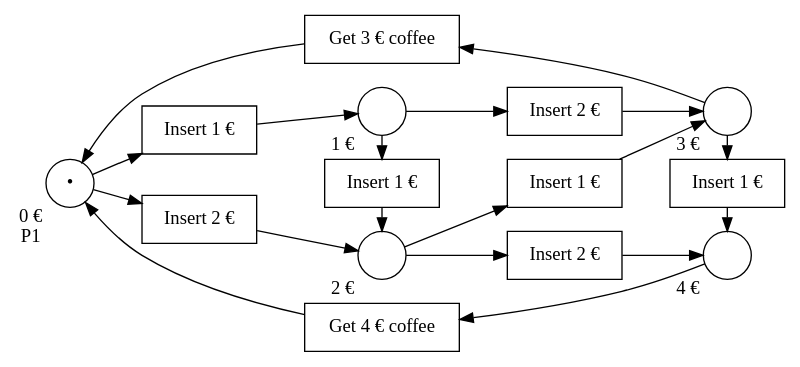
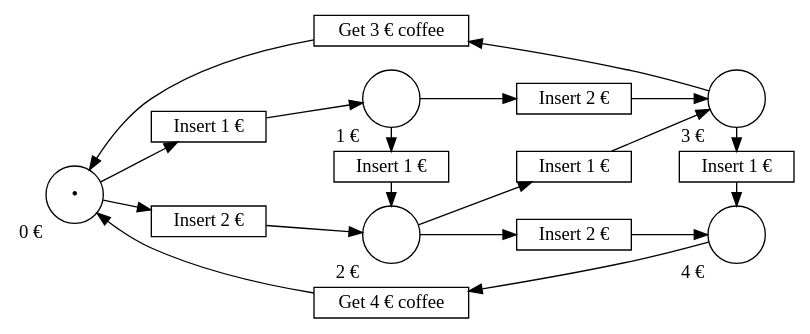
The diagram in dot/state-machine-example.dot (hlisdero/thesis), drawn with Graphviz before and after one commit. The commit also changed 2 other files, not shown here.

Commit message:
Unify the look of the state machine diagram and convert to PNG
Do not use float. Improve the wording of the subsection.

```diff
--- a/dot/state-machine-example.dot
+++ b/dot/state-machine-example.dot
@@ -1,35 +1,35 @@
 digraph state_machine {
     rankdir="LR";
-    P1 [shape="circle" xlabel="0 €\nP1" label="•"];
-    P2 [shape="circle" xlabel="1 €" label=""];
-    P3 [shape="circle" xlabel="2 €" label=""];
-    P4 [shape="circle" xlabel="3 €" label=""];
-    P5 [shape="circle" xlabel="4 €" label=""];
+    P1 [width=0.6 shape="circle" xlabel="0 €" label="•"];
+    P2 [width=0.6 shape="circle" xlabel="1 €" label=""];
+    P3 [width=0.6 shape="circle" xlabel="2 €" label=""];
+    P4 [width=0.6 shape="circle" xlabel="3 €" label=""];
+    P5 [width=0.6 shape="circle" xlabel="4 €" label=""];
     
-    T1 [shape="box" xlabel="" label="Insert 1 €"];
-    T2 [shape="box" xlabel="" label="Insert 2 €"];
-    T3 [shape="box" xlabel="" label="Insert 1 €"];
-    T4 [shape="box" xlabel="" label="Insert 2 €"];
-    T5 [shape="box" xlabel="" label="Insert 1 €"];
-    T6 [shape="box" xlabel="" label="Insert 2 €"];
-    T7 [shape="box" xlabel="" label="Insert 1 €"];
-    T8 [shape="box" xlabel="" label="Get 3 € coffee"];
-    T9 [shape="box" xlabel="" label="Get 4 € coffee"];
+    T1 [height=0.1 shape="box" xlabel="" label="Insert 1 €"];
+    T2 [height=0.1 shape="box" xlabel="" label="Insert 2 €"];
+    T3 [height=0.1 shape="box" xlabel="" label="Insert 1 €"];
+    T4 [height=0.1 shape="box" xlabel="" label="Insert 2 €"];
+    T5 [height=0.1 shape="box" xlabel="" label="Insert 1 €"];
+    T6 [height=0.1 shape="box" xlabel="" label="Insert 2 €"];
+    T7 [height=0.1 shape="box" xlabel="" label="Insert 1 €"];
+    T8 [height=0.1 shape="box" xlabel="" label="Get 3 € coffee"];
+    T9 [height=0.1 shape="box" xlabel="" label="Get 4 € coffee"];
 
     P1 -> T1 -> P2;
     P1 -> T2 -> P3;
     P2 -> T3 -> P3;
     P2 -> T4 -> P4;
     P3 -> T5 -> P4;
     P3 -> T6 -> P5;
     P4 -> T7 -> P5;
     P4 -> T8 -> P1;
     P5 -> T9 -> P1;
 
     // Order the nodes in 5 different levels
     {rank = same; P1;}    
     {rank = same; T1; T2;}
     {rank = same; P2; P3; T3; T8; T9;}
     {rank = same; T4; T5; T6;}
     {rank = same; P4; T7; P5;}
 }
```
